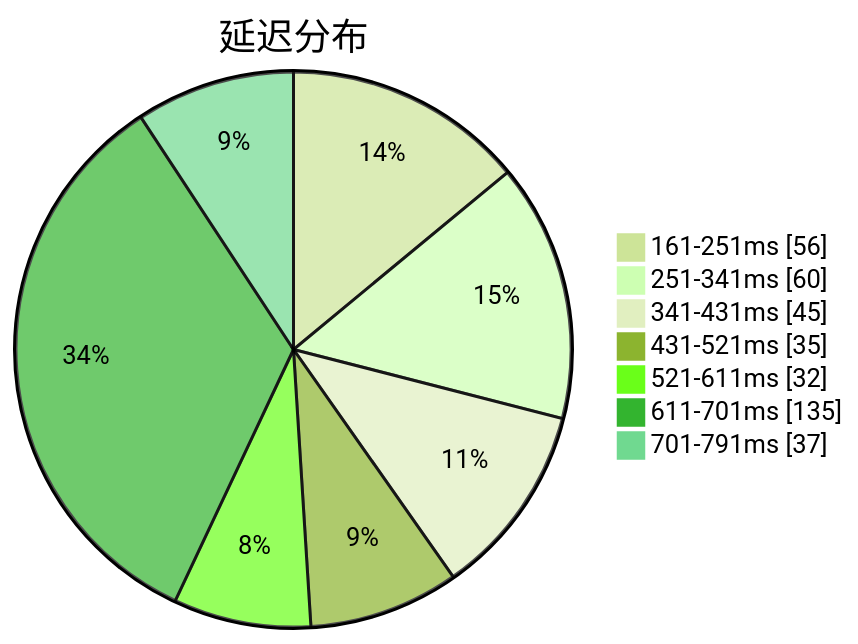
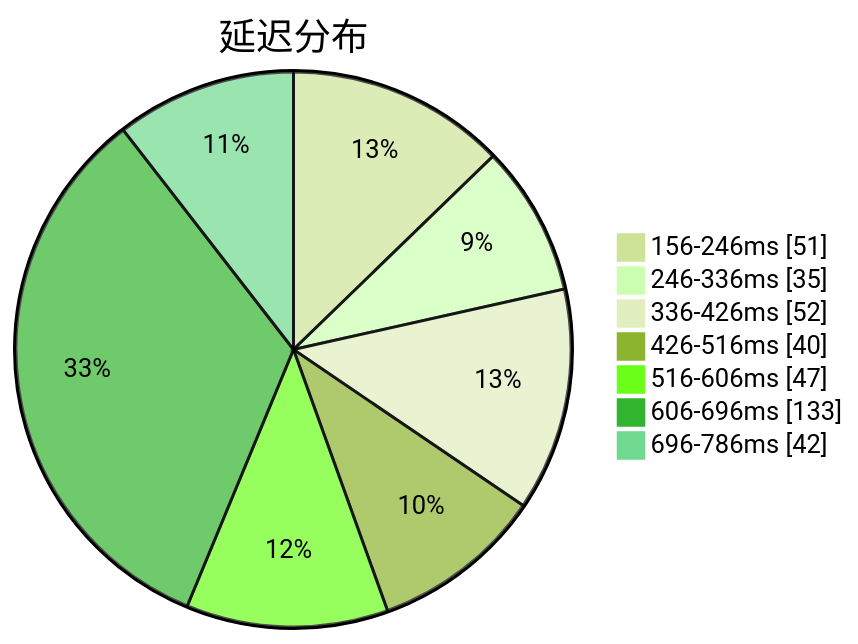
One commit to qjlxg/airport changed the first of 3 diagrams in subs/statistics/tested_within.md. Above: the diagram before and after it, drawn with Mermaid (forest theme). The commit also changed other lines of this file and 2 other files, not shown here.

````diff
--- a/subs/statistics/tested_within.md
+++ b/subs/statistics/tested_within.md
@@ -2,11 +2,11 @@
 ```mermaid
 pie showData
 title 延迟分布
-"161-251ms" : 56
-"251-341ms" : 60
-"341-431ms" : 45
-"431-521ms" : 35
-"521-611ms" : 32
-"611-701ms" : 135
-"701-791ms" : 37
+"156-246ms" : 51
+"246-336ms" : 35
+"336-426ms" : 52
+"426-516ms" : 40
+"516-606ms" : 47
+"606-696ms" : 133
+"696-786ms" : 42
 ```
````
